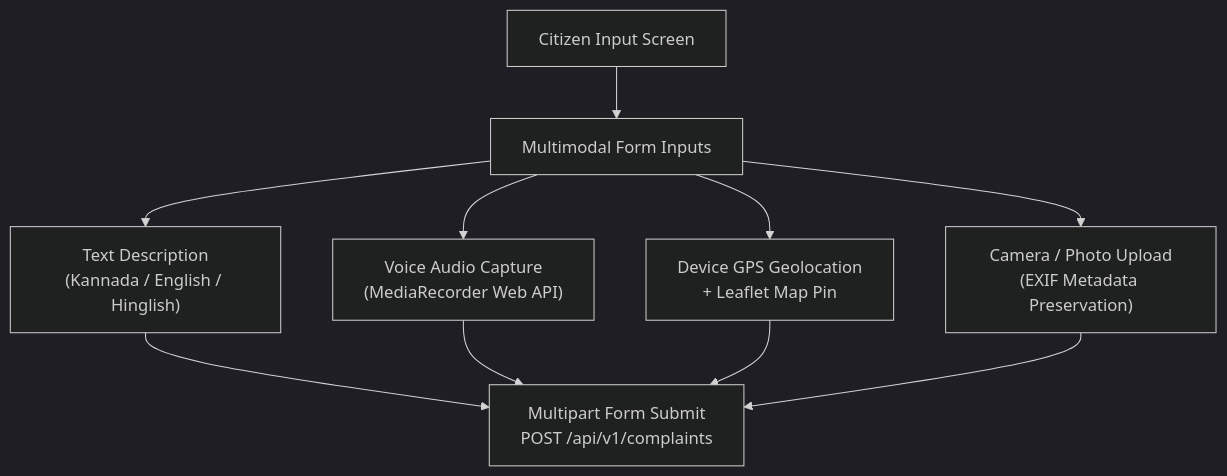
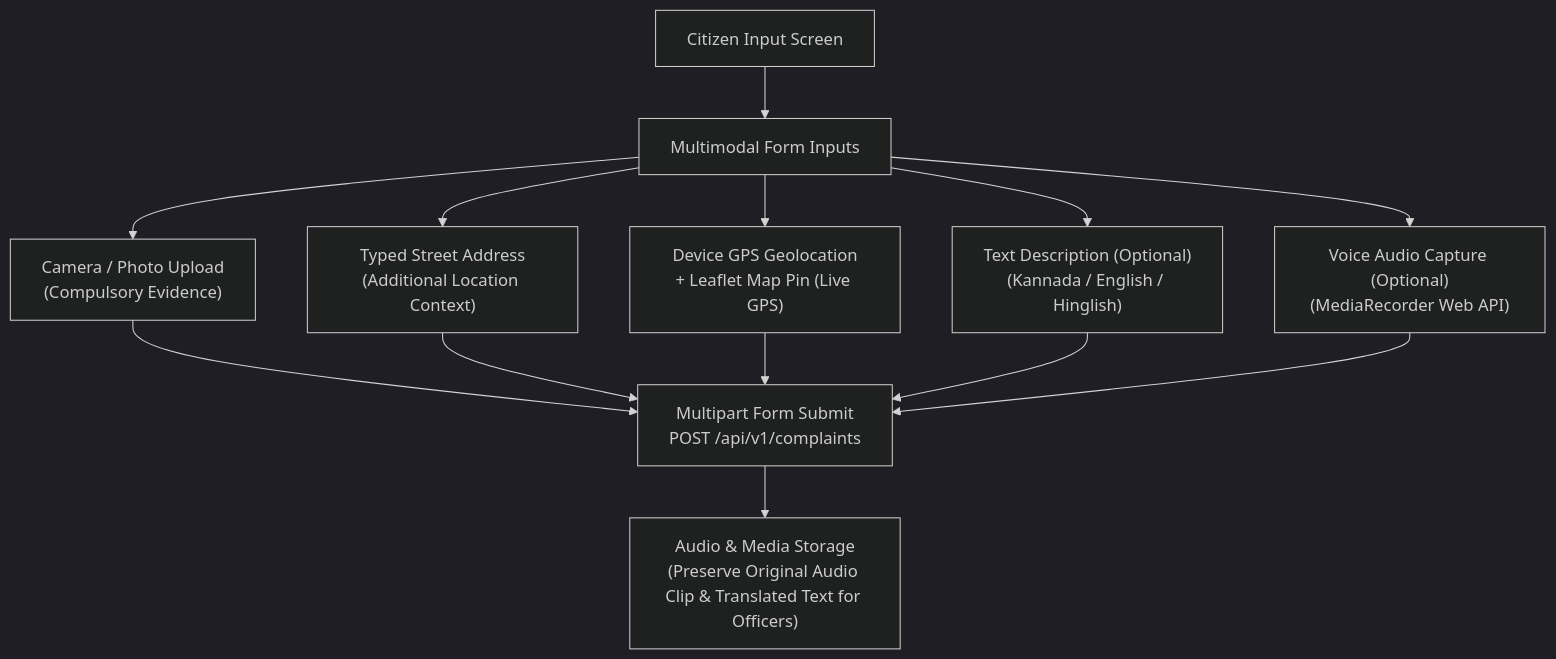
The sixth of 18 diagrams in phases.md (SHRUTISINHA250714/civic), drawn with Mermaid (dark theme) before and after one commit. The commit also changed other lines of this file and 8 other files, not shown here.

````diff
--- a/phases.md
+++ b/phases.md
@@ -176,12 +176,15 @@
 ```mermaid
 flowchart TD
     Citizen["Citizen Input Screen"] --> Forms["Multimodal Form Inputs"]
-    Forms --> Text["Text Description\n(Kannada / English / Hinglish)"]
-    Forms --> Audio["Voice Audio Capture\n(MediaRecorder Web API)"]
-    Forms --> GPS["Device GPS Geolocation\n+ Leaflet Map Pin"]
-    Forms --> Photo["Camera / Photo Upload\n(EXIF Metadata Preservation)"]
-    Text --> Payload["Multipart Form Submit\nPOST /api/v1/complaints"]
+    Forms --> Photo["Camera / Photo Upload\n(Compulsory Evidence)"]
+    Forms --> Addr["Typed Street Address\n(Additional Location Context)"]
+    Forms --> GPS["Device GPS Geolocation\n+ Leaflet Map Pin (Live GPS)"]
+    Forms --> Text["Text Description (Optional)\n(Kannada / English / Hinglish)"]
+    Forms --> Audio["Voice Audio Capture (Optional)\n(MediaRecorder Web API)"]
+    Photo --> Payload["Multipart Form Submit\nPOST /api/v1/complaints"]
+    Addr --> Payload
+    GPS --> Payload
+    Text --> Payload
     Audio --> Payload
-    GPS --> Payload
-    Photo --> Payload
+    Payload --> Storage["Audio & Media Storage\n(Preserve Original Audio Clip & Translated Text for Officers)"]
 ```
````
